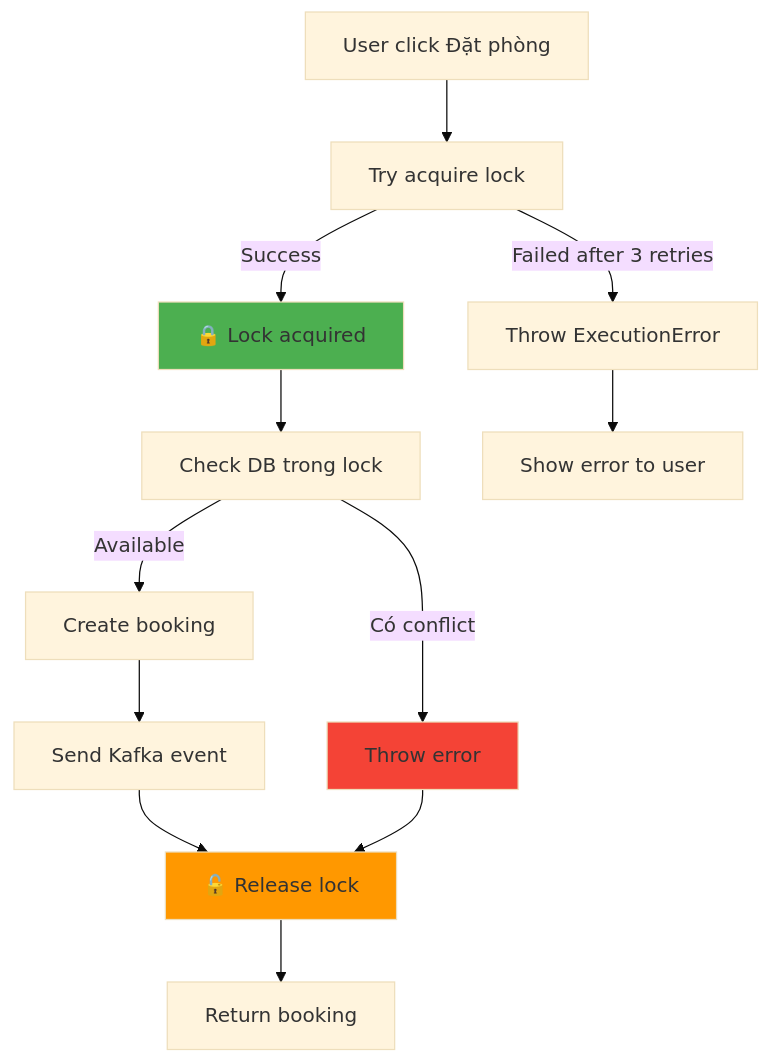
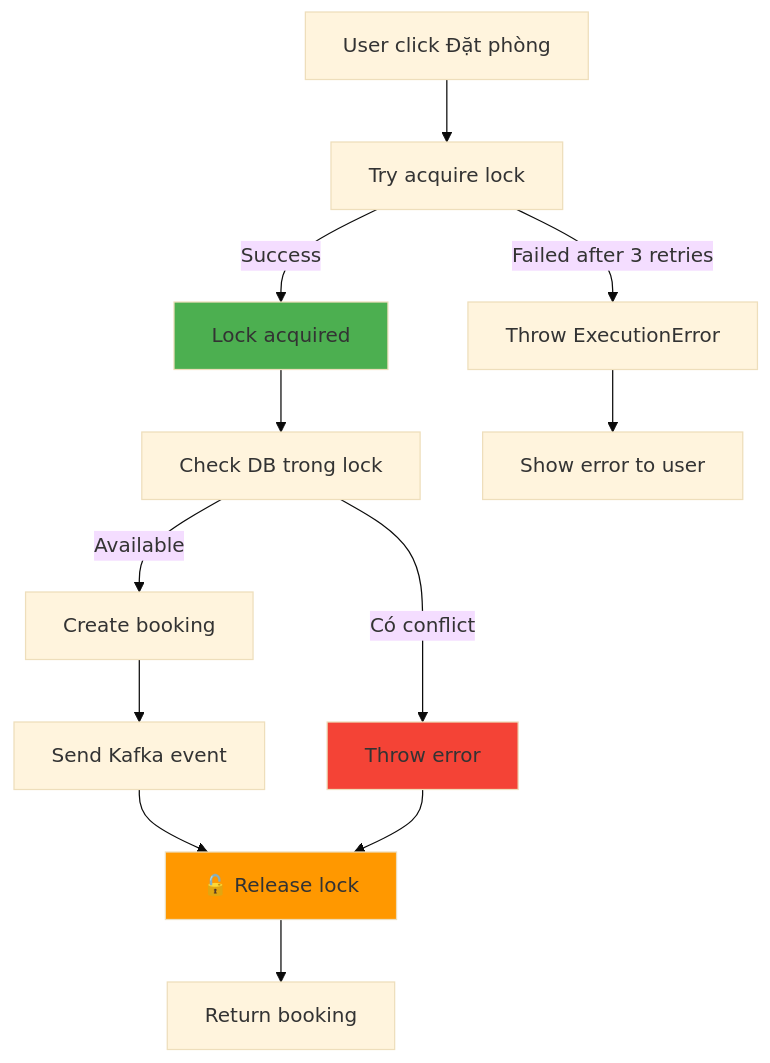
One commit to khadonnn/stazy_travel changed the first of 3 diagrams in infomation_md/REDIS_LOCK_OVERBOOKING.md. Above: the diagram before and after it, drawn with Mermaid (base theme). The commit also changed other lines of this file and 59 other files, not shown here.

````diff
--- a/infomation_md/REDIS_LOCK_OVERBOOKING.md
+++ b/infomation_md/REDIS_LOCK_OVERBOOKING.md
@@ -221,21 +221,21 @@
 ```mermaid
 graph TD
     A[User click Đặt phòng] --> B[Try acquire lock]
-    B -->|Success| C[🔒 Lock acquired]
+    B -->|Success| C[ Lock acquired]
     B -->|Failed after 3 retries| D[Throw ExecutionError]
 
     C --> E[Check DB trong lock]
     E -->|Có conflict| F[Throw error]
     E -->|Available| G[Create booking]
 
     G --> H[Send Kafka event]
     H --> I[🔓 Release lock]
 
     F --> I
     D --> J[Show error to user]
     I --> K[Return booking]
 
     style C fill:#4CAF50
     style I fill:#FF9800
     style F fill:#f44336
 ```
````
